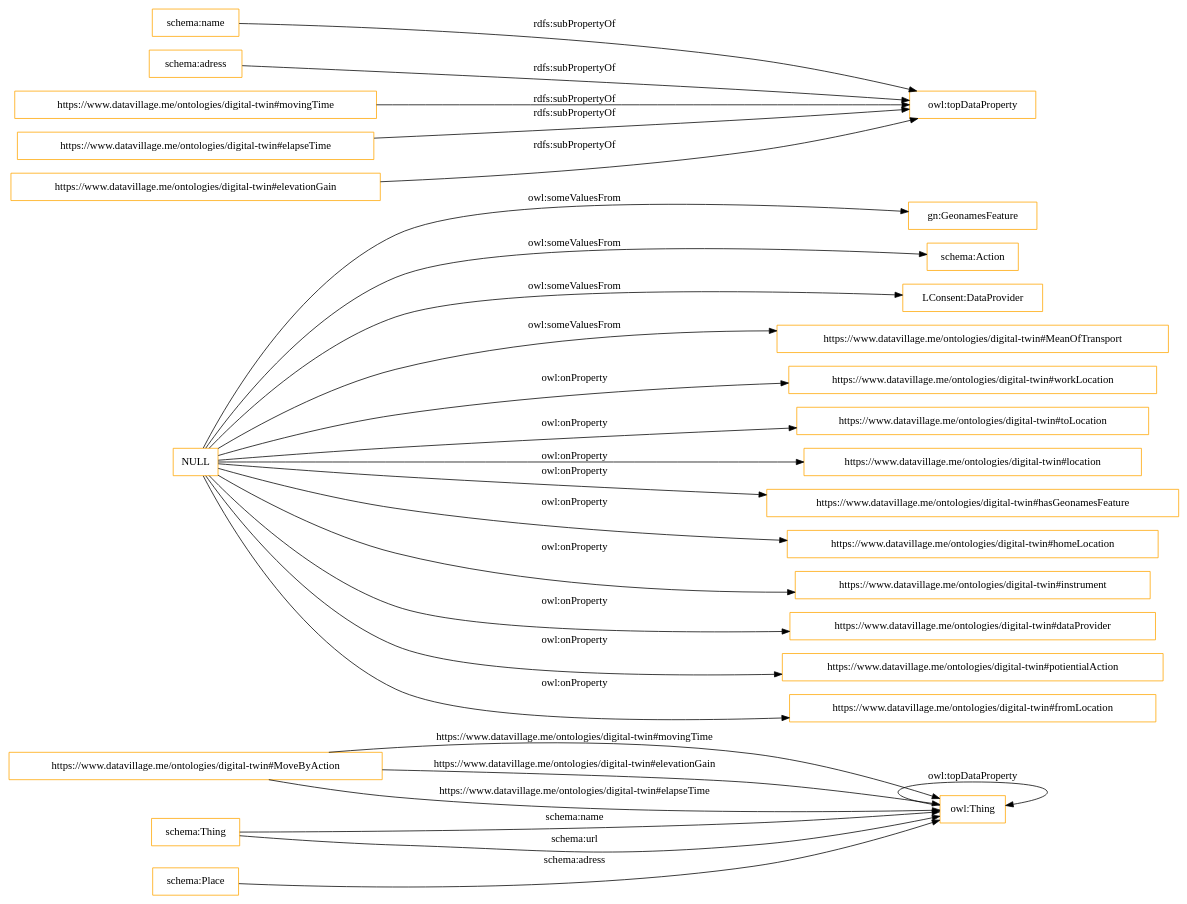
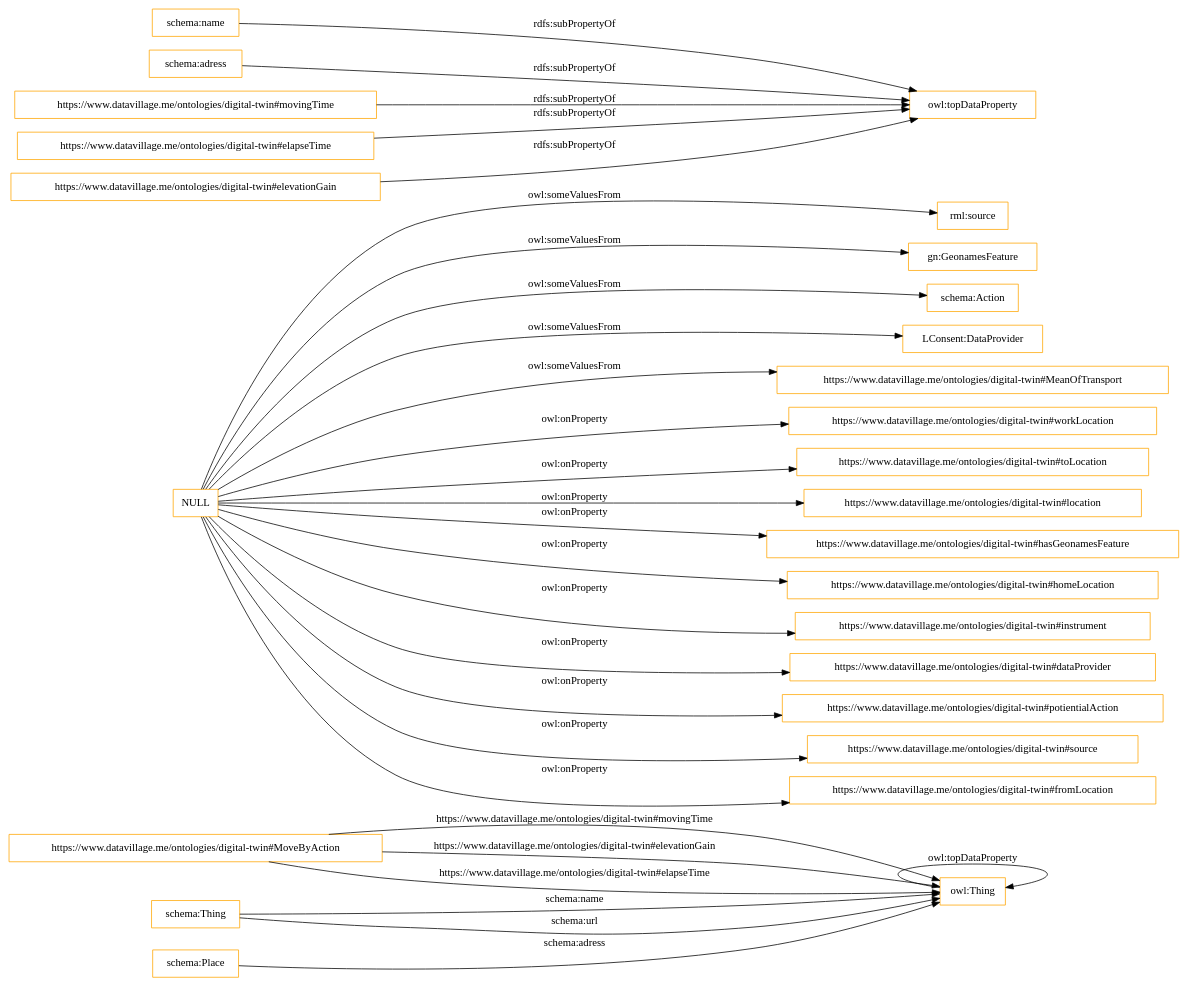
One commit to datavillage-me/ontologies changed the diagram in OnToology/digital-twin/ontology.owl/diagrams/ar2dtool-class/ontology.owl.png.dot. Above: the diagram before and after it, drawn with Graphviz. The commit also changed 27 other files, not shown here.

```diff
--- a/OnToology/digital-twin/ontology.owl/diagrams/ar2dtool-class/ontology.owl.png.dot
+++ b/OnToology/digital-twin/ontology.owl/diagrams/ar2dtool-class/ontology.owl.png.dot
@@ -1,31 +1,33 @@
 digraph ar2dtool_diagram { 
 rankdir=LR;
 size="1501"
-node [shape = rectangle, color="orange"]; "https://www.datavillage.me/ontologies/digital-twin#MoveByAction" "gn:GeonamesFeature" "schema:Action" "LConsent:DataProvider" "schema:Thing" "https://www.datavillage.me/ontologies/digital-twin#MeanOfTransport" "schema:Place" ; /*classes style*/
+node [shape = rectangle, color="orange"]; "https://www.datavillage.me/ontologies/digital-twin#MoveByAction" "rml:source" "gn:GeonamesFeature" "schema:Action" "LConsent:DataProvider" "schema:Thing" "https://www.datavillage.me/ontologies/digital-twin#MeanOfTransport" "schema:Place" ; /*classes style*/
 	"schema:name" -> "owl:topDataProperty" [ label = "rdfs:subPropertyOf" ];
 	"schema:adress" -> "owl:topDataProperty" [ label = "rdfs:subPropertyOf" ];
 	"https://www.datavillage.me/ontologies/digital-twin#movingTime" -> "owl:topDataProperty" [ label = "rdfs:subPropertyOf" ];
 	"https://www.datavillage.me/ontologies/digital-twin#elapseTime" -> "owl:topDataProperty" [ label = "rdfs:subPropertyOf" ];
 	"https://www.datavillage.me/ontologies/digital-twin#elevationGain" -> "owl:topDataProperty" [ label = "rdfs:subPropertyOf" ];
 	"NULL" -> "https://www.datavillage.me/ontologies/digital-twin#workLocation" [ label = "owl:onProperty" ];
 	"NULL" -> "https://www.datavillage.me/ontologies/digital-twin#toLocation" [ label = "owl:onProperty" ];
 	"NULL" -> "https://www.datavillage.me/ontologies/digital-twin#location" [ label = "owl:onProperty" ];
 	"NULL" -> "https://www.datavillage.me/ontologies/digital-twin#hasGeonamesFeature" [ label = "owl:onProperty" ];
+	"NULL" -> "rml:source" [ label = "owl:someValuesFrom" ];
 	"NULL" -> "gn:GeonamesFeature" [ label = "owl:someValuesFrom" ];
 	"NULL" -> "https://www.datavillage.me/ontologies/digital-twin#homeLocation" [ label = "owl:onProperty" ];
 	"NULL" -> "https://www.datavillage.me/ontologies/digital-twin#instrument" [ label = "owl:onProperty" ];
 	"NULL" -> "https://www.datavillage.me/ontologies/digital-twin#dataProvider" [ label = "owl:onProperty" ];
 	"NULL" -> "schema:Action" [ label = "owl:someValuesFrom" ];
 	"NULL" -> "https://www.datavillage.me/ontologies/digital-twin#potientialAction" [ label = "owl:onProperty" ];
+	"NULL" -> "https://www.datavillage.me/ontologies/digital-twin#source" [ label = "owl:onProperty" ];
 	"NULL" -> "LConsent:DataProvider" [ label = "owl:someValuesFrom" ];
 	"NULL" -> "https://www.datavillage.me/ontologies/digital-twin#MeanOfTransport" [ label = "owl:someValuesFrom" ];
 	"NULL" -> "https://www.datavillage.me/ontologies/digital-twin#fromLocation" [ label = "owl:onProperty" ];
 	"https://www.datavillage.me/ontologies/digital-twin#MoveByAction" -> "owl:Thing" [ label = "https://www.datavillage.me/ontologies/digital-twin#movingTime" ];
 	"schema:Thing" -> "owl:Thing" [ label = "schema:name" ];
 	"https://www.datavillage.me/ontologies/digital-twin#MoveByAction" -> "owl:Thing" [ label = "https://www.datavillage.me/ontologies/digital-twin#elevationGain" ];
 	"https://www.datavillage.me/ontologies/digital-twin#MoveByAction" -> "owl:Thing" [ label = "https://www.datavillage.me/ontologies/digital-twin#elapseTime" ];
 	"owl:Thing" -> "owl:Thing" [ label = "owl:topDataProperty" ];
 	"schema:Thing" -> "owl:Thing" [ label = "schema:url" ];
 	"schema:Place" -> "owl:Thing" [ label = "schema:adress" ];
 
 }
```
